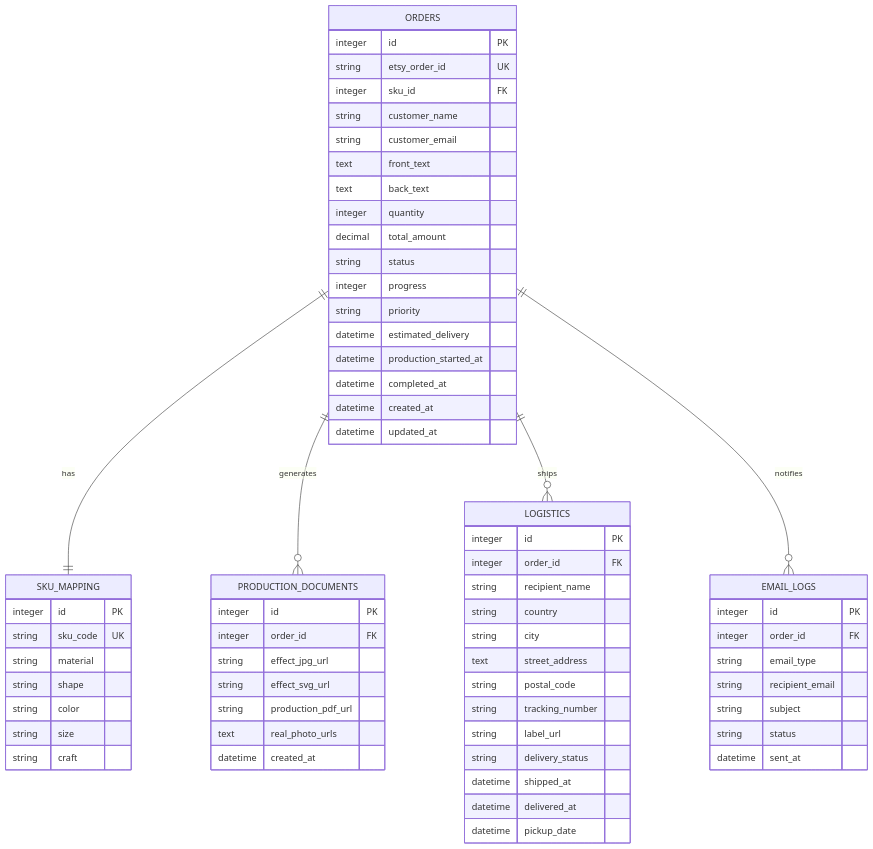
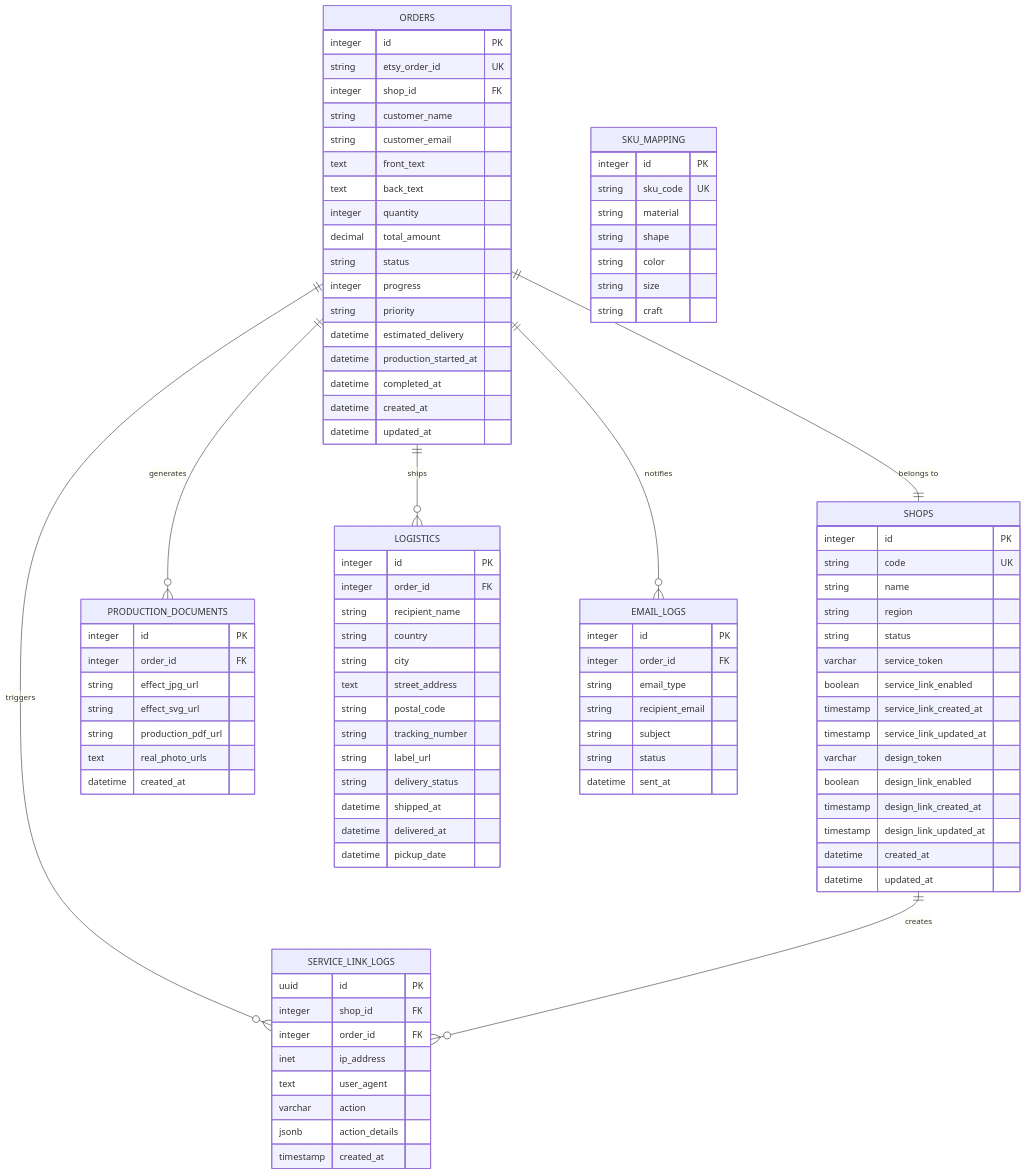
Before and after one commit to SY6621/POD-Order-Management: diagram 12 of 16 in .qoder/repowiki/zh/content/项目概述.md, drawn with Mermaid. The commit also changed other lines of this file and 15 other files, not shown here.

````diff
--- a/.qoder/repowiki/zh/content/项目概述.md
+++ b/.qoder/repowiki/zh/content/项目概述.md
@@ -388,7 +578,7 @@
 ORDERS {
 integer id PK
 string etsy_order_id UK
-integer sku_id FK
+integer shop_id FK
 string customer_name
 string customer_email
 text front_text
@@ -401,6 +591,23 @@
 datetime estimated_delivery
 datetime production_started_at
 datetime completed_at
+datetime created_at
+datetime updated_at
+}
+SHOPS {
+integer id PK
+string code UK
+string name
+string region
+string status
+varchar service_token
+boolean service_link_enabled
+timestamp service_link_created_at
+timestamp service_link_updated_at
+varchar design_token
+boolean design_link_enabled
+timestamp design_link_created_at
+timestamp design_link_updated_at
 datetime created_at
 datetime updated_at
 }
@@ -437,6 +644,16 @@
 datetime delivered_at
 datetime pickup_date
 }
+SERVICE_LINK_LOGS {
+uuid id PK
+integer shop_id FK
+integer order_id FK
+inet ip_address
+text user_agent
+varchar action
+jsonb action_details
+timestamp created_at
+}
 EMAIL_LOGS {
 integer id PK
 integer order_id FK
@@ -446,8 +663,10 @@
 string status
 datetime sent_at
 }
-ORDERS ||--|| SKU_MAPPING : "has"
+ORDERS ||--|| SHOPS : "belongs to"
 ORDERS ||--o{ PRODUCTION_DOCUMENTS : "generates"
 ORDERS ||--o{ LOGISTICS : "ships"
 ORDERS ||--o{ EMAIL_LOGS : "notifies"
+ORDERS ||--o{ SERVICE_LINK_LOGS : "triggers"
+SHOPS ||--o{ SERVICE_LINK_LOGS : "creates"
 ```
````
